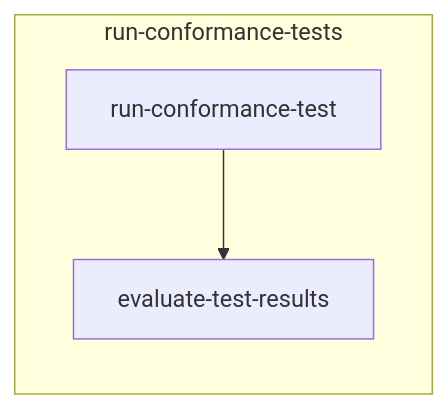
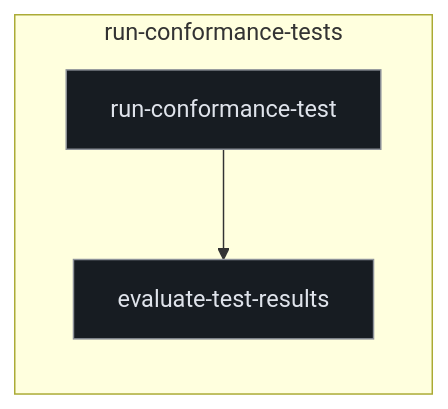
Before and after one commit to kumarshaz/atruss-code-atlas: the third of 3 diagrams in exports/latest/reports/keycloak-keycloak-oauth-sig-report.md, drawn with Mermaid. The commit also changed other lines of this file and 331 other files, not shown here.

Commit message:
docs,ui,fix: update SDLC docs, reorder CI/CD DAG first, stylize Mermaid, and fix Arc42 pipeline topology

````diff
--- a/exports/latest/reports/keycloak-keycloak-oauth-sig-report.md
+++ b/exports/latest/reports/keycloak-keycloak-oauth-sig-report.md
@@ -242,9 +253,16 @@
 ```mermaid
 graph TD;
+  classDef atlasRoot fill:#004882,stroke:#a3c9ff,stroke-width:2px,color:#d3e4ff
+  classDef atlasCategory fill:#212428,stroke:#E87A48,stroke-width:1.5px,color:#dfe3eb
+  classDef atlasWorkflow fill:#1b2026,stroke:#a3c9ff,stroke-width:1.5px,color:#dfe3eb
+  classDef atlasJob fill:#171c22,stroke:#8d9199,stroke-width:1px,color:#dfe3eb
+  classDef atlasTarget fill:#005227,stroke:#8bd99b,stroke-width:1.5px,color:#a7f6b6
+  classDef atlasAlert fill:#93000a,stroke:#ffb4ab,stroke-width:1.5px,color:#ffdad6
+  classDef atlasMore fill:#252a31,stroke:#8d9199,stroke-dasharray:4 4,color:#c3c6cf
   subgraph run_conformance_tests_0["run-conformance-tests"]
     direction TB
-    0_run_conformance_test["run-conformance-test"]
-    0_evaluate_test_results["evaluate-test-results"]
+    0_run_conformance_test["run-conformance-test"]:::atlasJob
+    0_evaluate_test_results["evaluate-test-results"]:::atlasJob
     0_run_conformance_test --> 0_evaluate_test_results
   end
 ```
````
